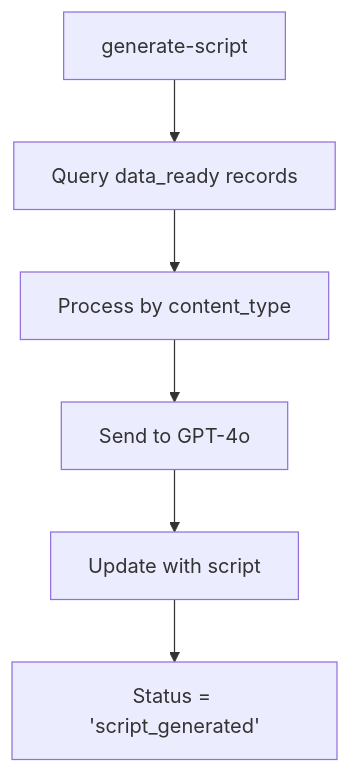
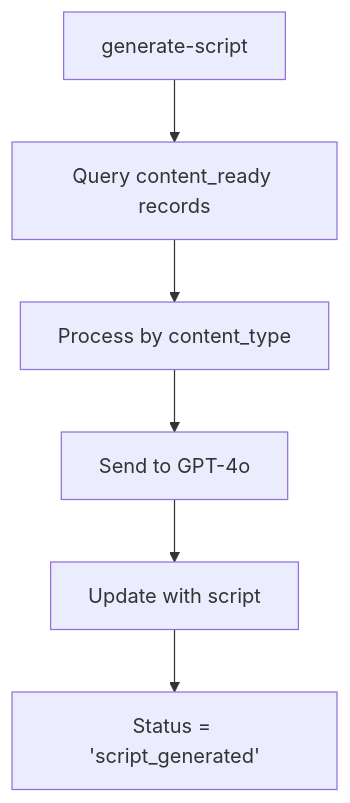
One commit to n8peace/DayStart changed the third of 5 diagrams in docs/proposed-function-flow.md. Above: the diagram before and after it, drawn with Mermaid. The commit also changed other lines of this file and 10 other files, not shown here.

First line of the commit message:
Add content_ready and content_failed statuses for content generation

````diff
--- a/docs/proposed-function-flow.md
+++ b/docs/proposed-function-flow.md
@@ -69,8 +90,8 @@
 ```mermaid
 graph TD
-    A[generate-script] --> B[Query data_ready records]
+    A[generate-script] --> B[Query content_ready records]
     B --> C[Process by content_type]
     C --> D[Send to GPT-4o]
     D --> E[Update with script]
     E --> F[Status = 'script_generated']
 ```
````
